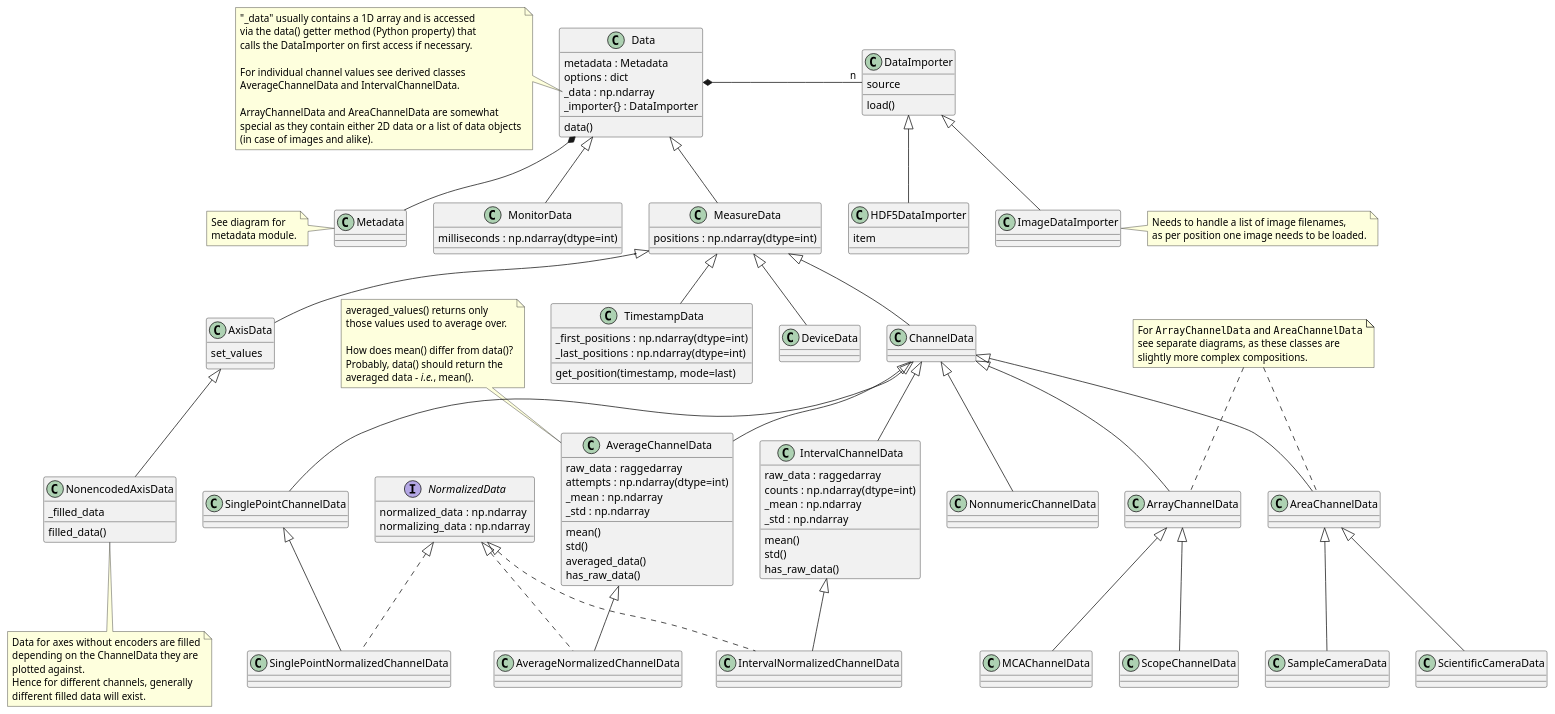
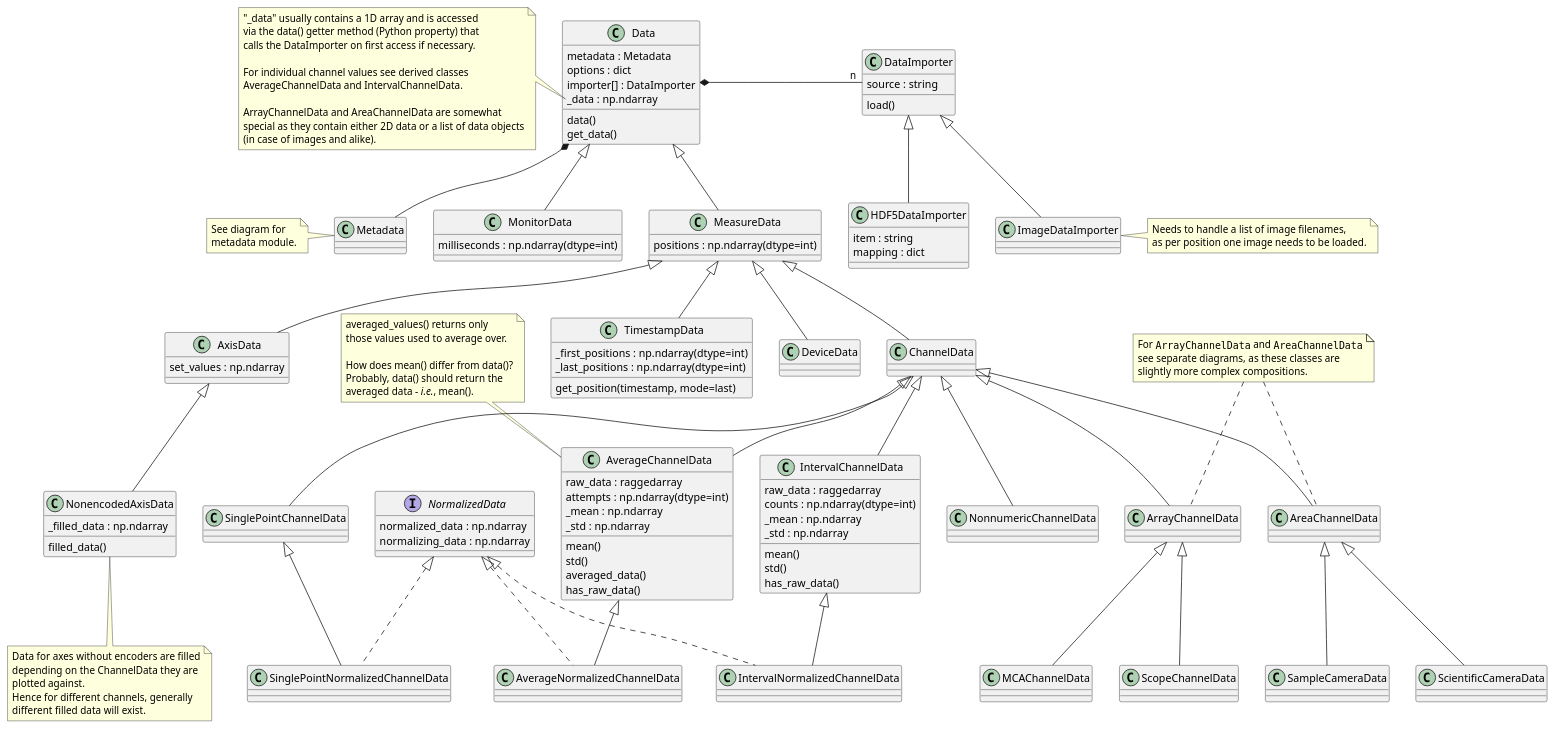
One commit to tillbiskup/evedata changed the diagram in docs/uml/evedata.evefile.data.puml. Above: the diagram before and after it, drawn with PlantUML. The commit also changed 5 other files, not shown here.

Commit message:
Somewhat add importer functionality to Data class.

```diff
--- a/docs/uml/evedata.evefile.data.puml
+++ b/docs/uml/evedata.evefile.data.puml
@@ -1,165 +1,167 @@
 @startuml
 'skinparam dpi 150
 
 class Data {
     metadata : Metadata
     options : dict
+    importer[] : DataImporter
     _data : np.ndarray
-    _importer{} : DataImporter
     data()
+    get_data()
 }
 note left of Data::_data
     "_data" usually contains a 1D array and is accessed
     via the data() getter method (Python property) that
     calls the DataImporter on first access if necessary.
 
     For individual channel values see derived classes
     AverageChannelData and IntervalChannelData.
 
     ArrayChannelData and AreaChannelData are somewhat
     special as they contain either 2D data or a list of data objects
     (in case of images and alike).
 end note
 
 class DataImporter {
-    source
+    source : string
     load()
 }
 
 class HDF5DataImporter extends DataImporter {
-    item
+    item : string
+    mapping : dict
 }
 
 class ImageDataImporter extends DataImporter
 
 note right of ImageDataImporter
     Needs to handle a list of image filenames,
     as per position one image needs to be loaded.
 end note
 
 HDF5DataImporter -[hidden]> ImageDataImporter
 
 class Metadata {
 }
 note left: See diagram for\nmetadata module.
 
 Data *- "n" DataImporter
 Data *-- Metadata
 
 class MeasureData extends Data {
     {field} positions : np.ndarray(dtype=int)
 }
 
 class MonitorData extends Data {
     {field} milliseconds : np.ndarray(dtype=int)
 }
 
 Metadata -[hidden]> MonitorData
 MonitorData -[hidden]> MeasureData
 
 class DeviceData extends MeasureData
 
 class AxisData extends MeasureData {
-    set_values
+    set_values : np.ndarray
 }
 
 class NonencodedAxisData extends AxisData {
-    _filled_data
+    _filled_data : np.ndarray
     filled_data()
 }
 note bottom of NonencodedAxisData
     Data for axes without encoders are filled
     depending on the ChannelData they are
     plotted against.
     Hence for different channels, generally
     different filled data will exist.
 endnote
 
 class ChannelData extends MeasureData {
 }
 
 class TimestampData extends MeasureData {
     {field} _first_positions : np.ndarray(dtype=int)
     {field} _last_positions : np.ndarray(dtype=int)
     get_position(timestamp, mode=last)
 }
 
 class NonnumericChannelData extends ChannelData {}
 
 'Help layout a bit
 NonnumericChannelData -[hidden]> SinglePointChannelData
 SinglePointChannelData -[hidden]> AverageChannelData
 AverageChannelData -[hidden]> IntervalChannelData
 IntervalChannelData -[hidden]> ArrayChannelData
 ArrayChannelData -[hidden]> AreaChannelData
 
 class SinglePointChannelData extends ChannelData {}
 
 interface NormalizedData {
     normalized_data : np.ndarray
     normalizing_data : np.ndarray
 }
 
 class SinglePointNormalizedChannelData extends SinglePointChannelData implements NormalizedData {
 }
 
 class AverageChannelData extends ChannelData {
     raw_data : raggedarray
     {field} attempts : np.ndarray(dtype=int)
     _mean : np.ndarray
     _std : np.ndarray
     mean()
     std()
     averaged_data()
     has_raw_data()
 }
 note top of AverageChannelData
     averaged_values() returns only
     those values used to average over.
 
     How does mean() differ from data()?
     Probably, data() should return the
     averaged data - <i>i.e.</i>, mean().
 end note
 
 class AverageNormalizedChannelData extends AverageChannelData implements NormalizedData {
 }
 
 
 class IntervalChannelData extends ChannelData {
     raw_data : raggedarray
     {field} counts : np.ndarray(dtype=int)
     _mean : np.ndarray
     _std : np.ndarray
     mean()
     std()
     has_raw_data()
 }
 
 class IntervalNormalizedChannelData extends IntervalChannelData implements NormalizedData {
 }
 
 class ArrayChannelData extends ChannelData {
 }
 
 class MCAChannelData extends ArrayChannelData
 
 class ScopeChannelData extends ArrayChannelData
 
 class AreaChannelData extends ChannelData {
 }
 
 class SampleCameraData extends AreaChannelData
 
 class ScientificCameraData extends AreaChannelData
 
 note as array_area_channels_note
     For ""ArrayChannelData"" and ""AreaChannelData""
     see separate diagrams, as these classes are
     slightly more complex compositions.
 end note
 
 AreaChannelData .up. array_area_channels_note
 ArrayChannelData .up. array_area_channels_note
 
 @enduml
```
